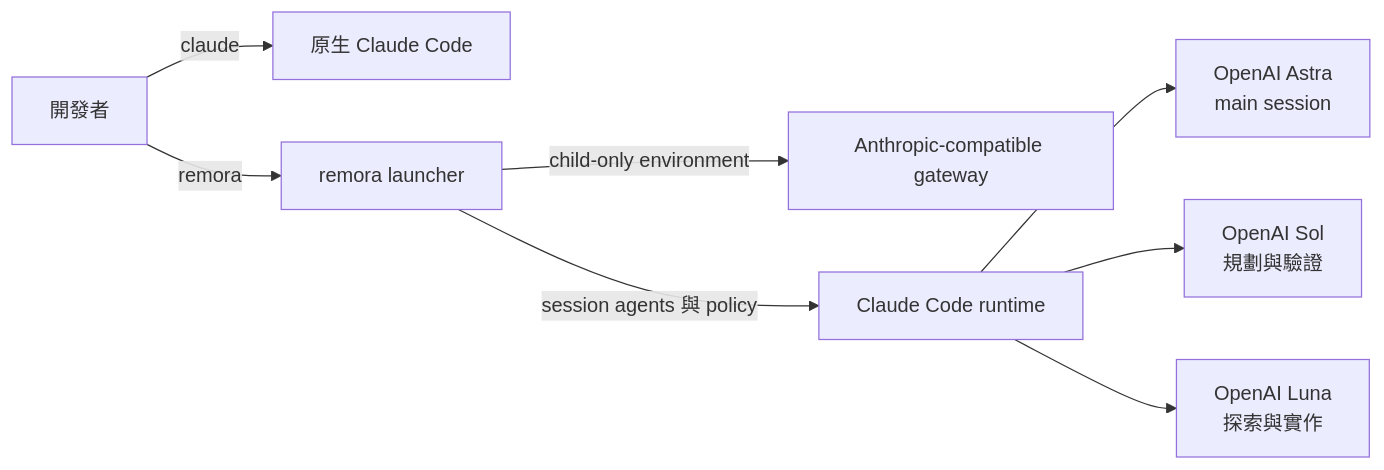
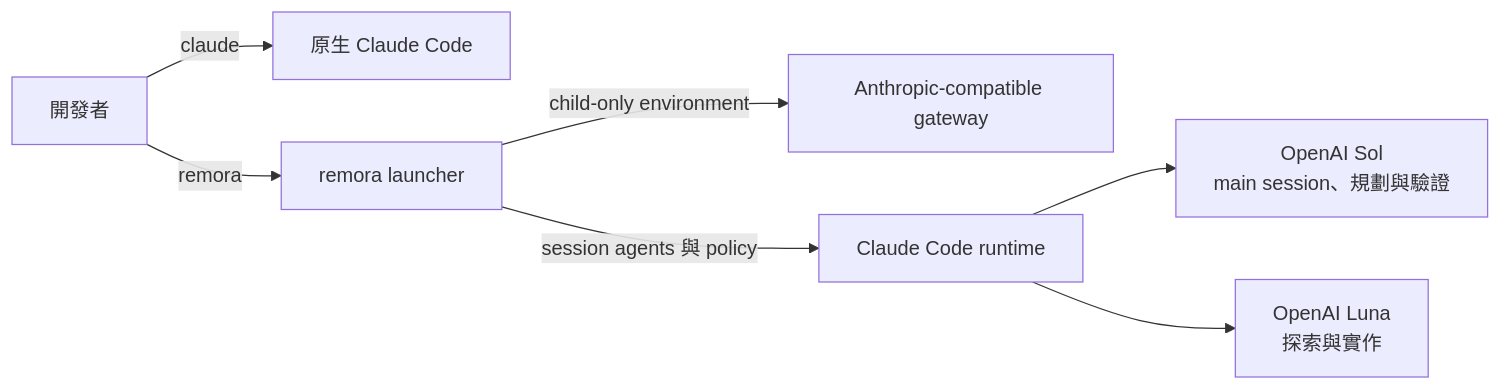
One commit to Nanako0129/remora-cc changed the diagram in README.zh-TW.md. Above: the diagram before and after it, drawn with Mermaid. The commit also changed other lines of this file and 23 other files, not shown here.

````diff
--- a/README.zh-TW.md
+++ b/README.zh-TW.md
@@ -63,13 +62,11 @@
 ```mermaid
 flowchart LR
     USER["開發者"] -->|claude| NATIVE["原生 Claude Code"]
     USER -->|remora| LAUNCHER["remora launcher"]
     LAUNCHER -->|child-only environment| GATEWAY["Anthropic-compatible gateway"]
     LAUNCHER -->|session agents 與 policy| RUNTIME["Claude Code runtime"]
-    RUNTIME --> ASTRA["OpenAI Astra
-    main session"]
     RUNTIME --> SOL["OpenAI Sol
-規劃與驗證"]
+main session、規劃與驗證"]
     RUNTIME --> LUNA["OpenAI Luna
 探索與實作"]
 ```
````
